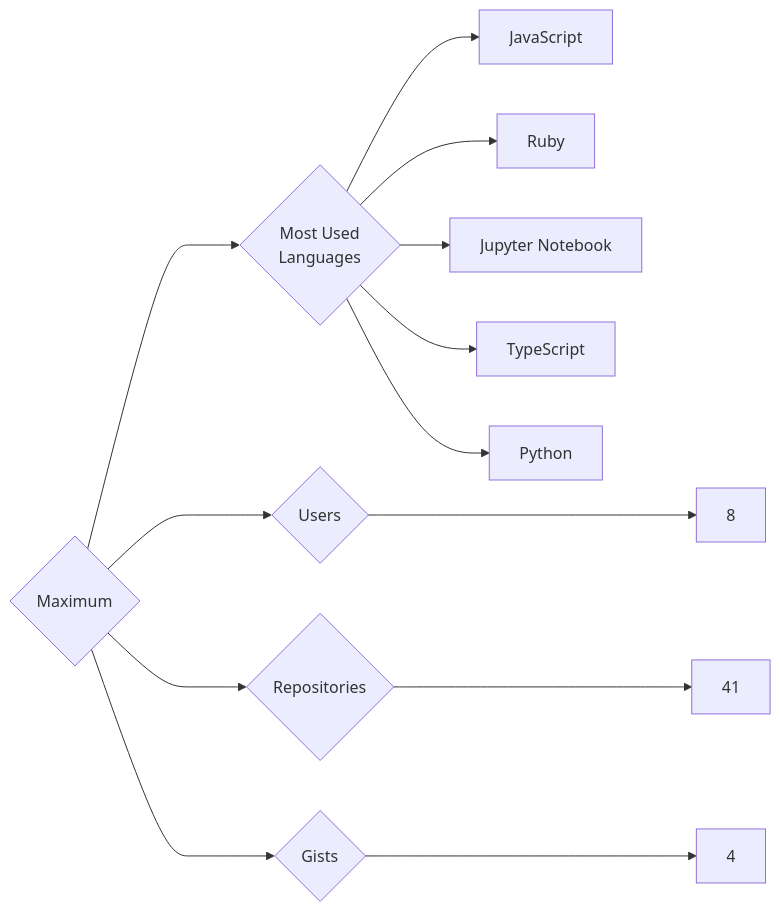
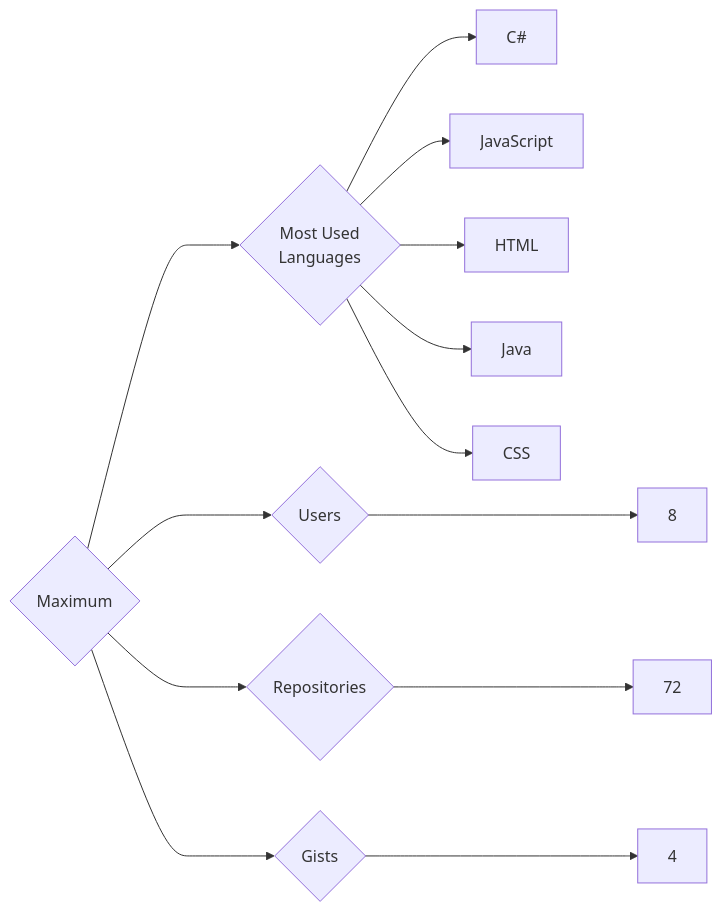
One commit to trickest/insiders changed the diagram in targets/Maximum/README.md. Above: the diagram before and after it, drawn with Mermaid. The commit also changed 1508 other files, not shown here.

````diff
--- a/targets/Maximum/README.md
+++ b/targets/Maximum/README.md
@@ -3,13 +3,13 @@
 ```mermaid
 graph LR
 COMPANY_NAME{Maximum}
 COMPANY_NAME ---> U{Users} ---> UN[8]
-COMPANY_NAME ---> R{Repositories} ---> RN[41]
+COMPANY_NAME ---> R{Repositories} ---> RN[72]
 COMPANY_NAME ---> G{Gists} ---> GN[4]
 COMPANY_NAME ---> ML{Most Used<br>Languages}
+ML --> C#[C#]
 ML --> JavaScript[JavaScript]
-ML --> Ruby[Ruby]
-ML --> Jupyter_Notebook[Jupyter Notebook]
-ML --> TypeScript[TypeScript]
-ML --> Python[Python]
+ML --> HTML[HTML]
+ML --> Java[Java]
+ML --> CSS[CSS]
 ```
````
